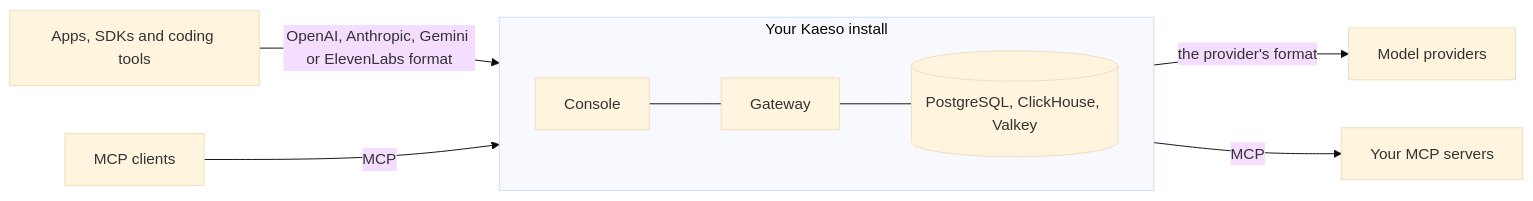
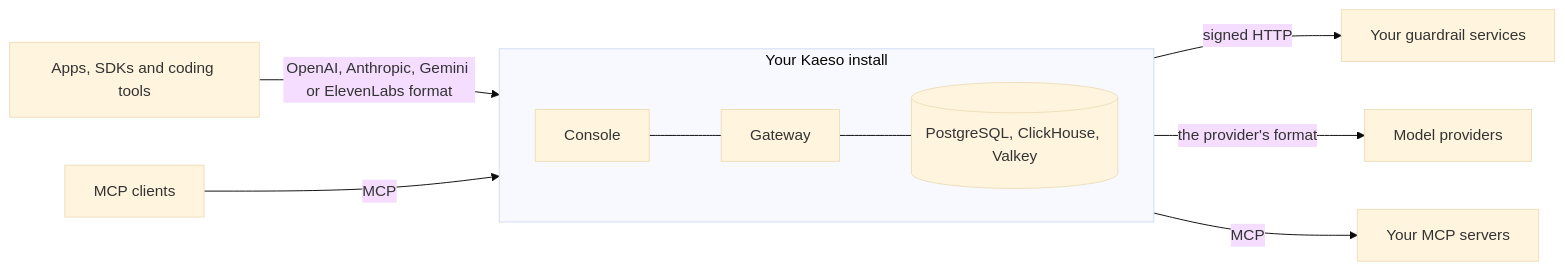
Before and after one commit to logicplanes/kaeso: the diagram in README.md, drawn with Mermaid (base theme). The commit also changed other lines of this file and 22 other files, not shown here.

First line of the commit message:
The README covers what 0.7 added, shows the console in its new design and compares Kaeso with eight gateways, every entry sourced (#1428)

````diff
--- a/README.md
+++ b/README.md
@@ -139,21 +211,23 @@
 ```mermaid
 flowchart LR
   accTitle: How Kaeso sits between apps and providers
-  accDescr: Apps, SDKs and coding tools call the gateway in the OpenAI, Anthropic, Gemini or ElevenLabs format, and MCP clients call its MCP portal. The gateway resolves the model, checks rights and limits, calls the provider in its own format, and writes usage and logs to PostgreSQL, ClickHouse and Valkey, which the console reads.
+  accDescr: Apps, SDKs and coding tools call the gateway in the OpenAI, Anthropic, Gemini or ElevenLabs format, and MCP clients call its MCP portal. The gateway resolves the model, checks rights, limits and guardrails, calls the provider in its own format, and writes usage and logs to PostgreSQL, ClickHouse and Valkey, which the console reads.
   apps[Apps, SDKs and coding tools]:::outside
   mcp[MCP clients]:::outside
   subgraph install [Your Kaeso install]
     direction LR
     gateway[Gateway]:::accent
     console[Console]
     data[(PostgreSQL, ClickHouse, Valkey)]
     gateway --- data
     console --- gateway
   end
+  guardrails[Your guardrail services]:::outside
   providers[Model providers]:::outside
   servers[Your MCP servers]:::outside
   apps -- OpenAI, Anthropic, Gemini or ElevenLabs format --> gateway
   mcp -- MCP --> gateway
+  gateway -- signed HTTP --> guardrails
   gateway -- the provider's format --> providers
   gateway -- MCP --> servers
 ```
````
